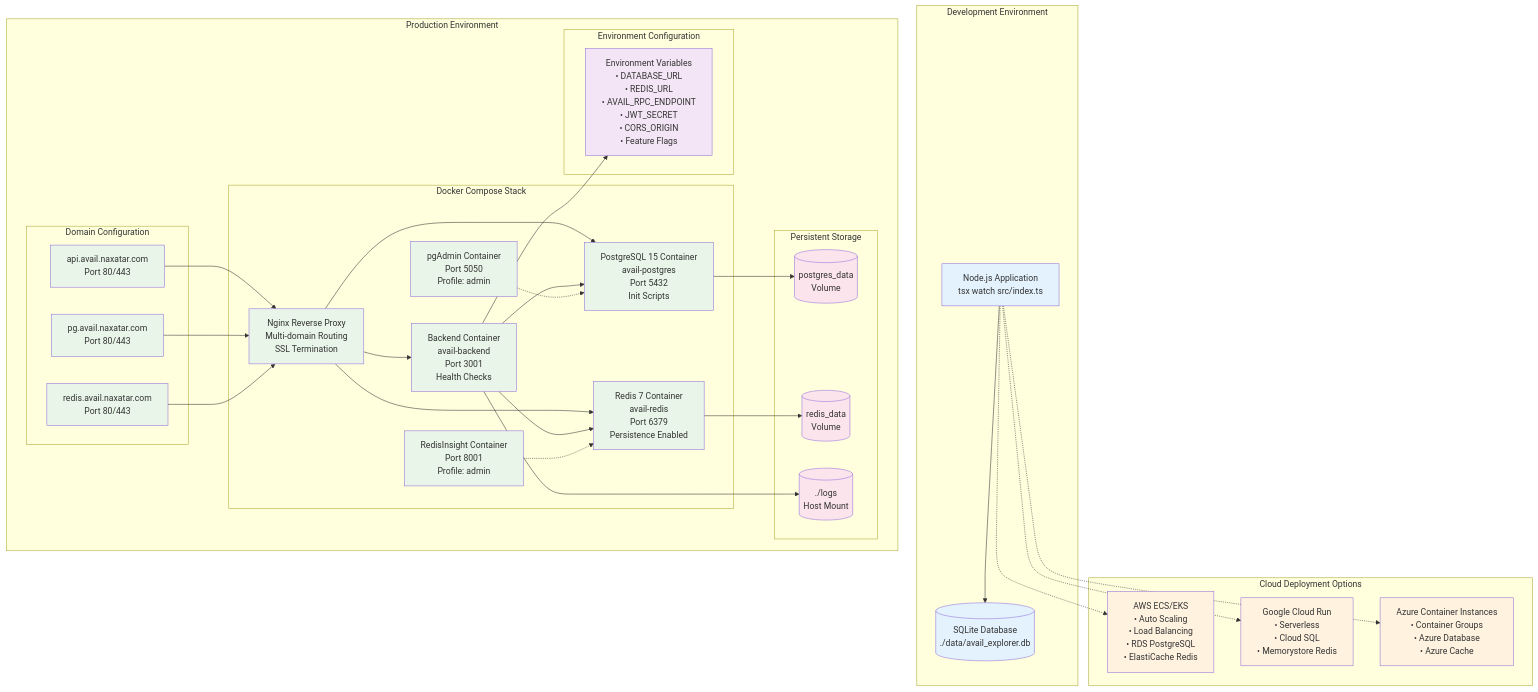
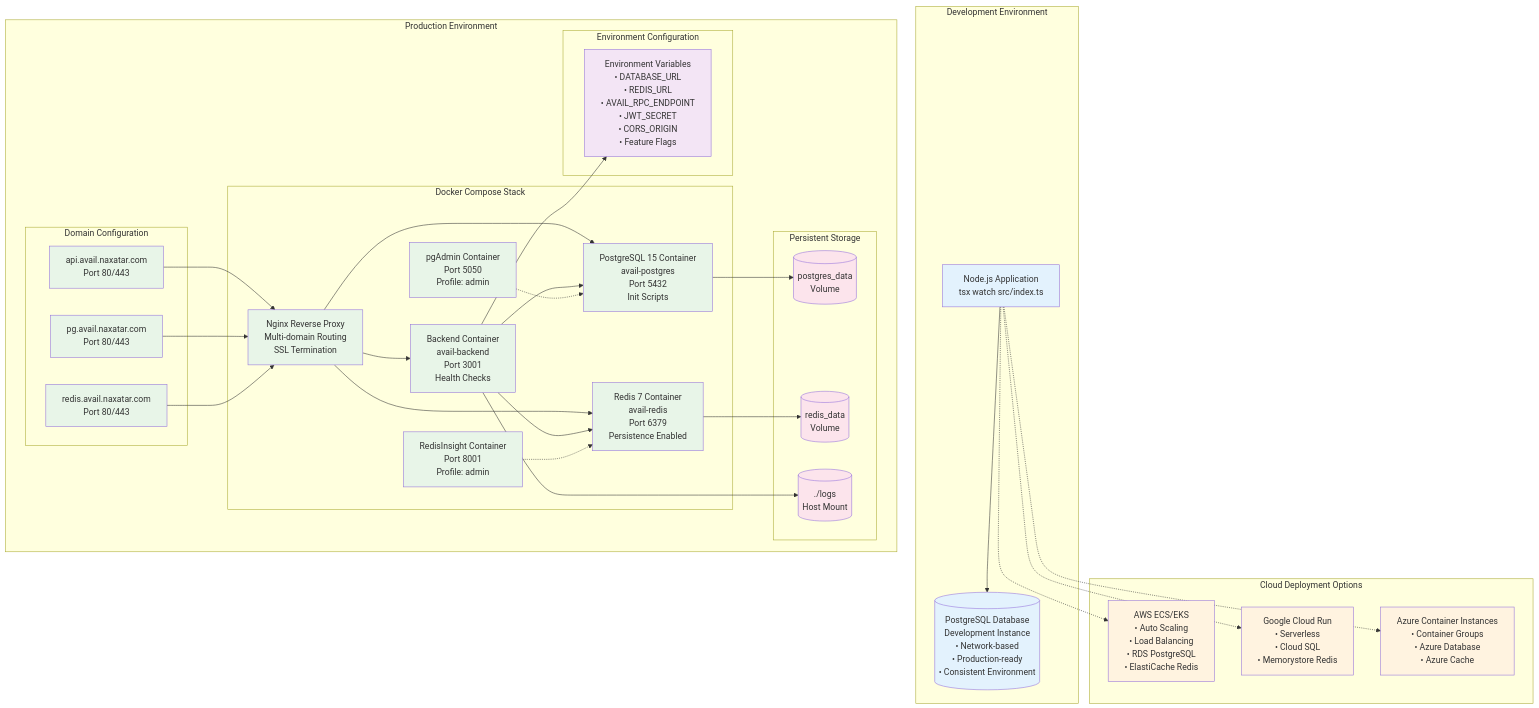
Before and after one commit to avail-dashboard/server: the second of 8 diagrams in AI Documentation/Project_Architecture_Diagram.md, drawn with Mermaid. The commit also changed other lines of this file and 10 other files, not shown here.

```diff
--- a/AI Documentation/Project_Architecture_Diagram.md
+++ b/AI Documentation/Project_Architecture_Diagram.md
@@ -183,7 +179,7 @@
 graph TB
     subgraph "Development Environment"
         DEV_APP[Node.js Application<br/>tsx watch src/index.ts]
-        DEV_DB[(SQLite Database<br/>./data/avail_explorer.db)]
+        DEV_DB[(PostgreSQL Database<br/>Development Instance<br/>• Network-based<br/>• Production-ready<br/>• Consistent Environment)]
         DEV_APP --> DEV_DB
     end
 
```
